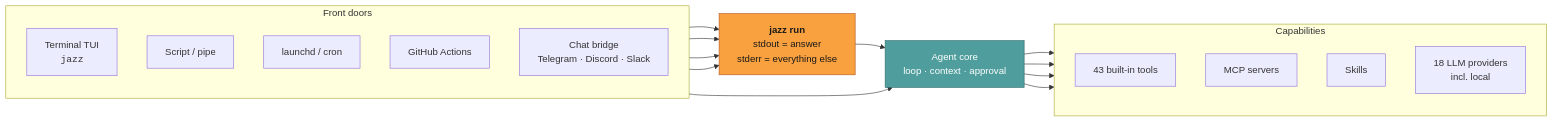
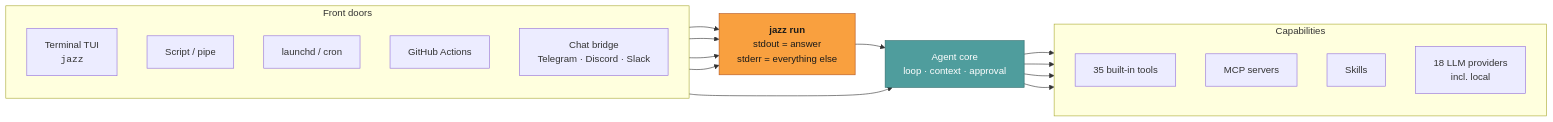
Before and after one commit to lvndry/jazz: the first of 2 diagrams in docs/surfaces/index.md, drawn with Mermaid. The commit also changed other lines of this file and 58 other files, not shown here.

````diff
--- a/docs/surfaces/index.md
+++ b/docs/surfaces/index.md
@@ -39,38 +39,38 @@
 ```mermaid
 flowchart LR
     subgraph front["Front doors"]
         direction TB
         TUI["Terminal TUI<br/><code>jazz</code>"]
         SCRIPT["Script / pipe"]
         CRON["launchd / cron"]
         CI["GitHub Actions"]
         BRIDGE["Chat bridge<br/>Telegram · Discord · Slack"]
     end
 
     RUN["<b>jazz run</b><br/>stdout = answer<br/>stderr = everything else"]
     CORE["Agent core<br/>loop · context · approval"]
 
     subgraph back["Capabilities"]
         direction TB
-        TOOLS["43 built-in tools"]
+        TOOLS["35 built-in tools"]
         MCP["MCP servers"]
         SKILLS["Skills"]
         LLM["18 LLM providers<br/>incl. local"]
     end
 
     TUI --> CORE
     SCRIPT --> RUN
     CRON --> RUN
     CI --> RUN
     BRIDGE --> RUN
     RUN --> CORE
     CORE --> TOOLS
     CORE --> MCP
     CORE --> SKILLS
     CORE --> LLM
 
     classDef primitive fill:#f9a03f,stroke:#b3541e,color:#1a1a1a
     classDef core fill:#4f9d9d,stroke:#2f6d6d,color:#ffffff
     class RUN primitive
     class CORE core
 ```
````
